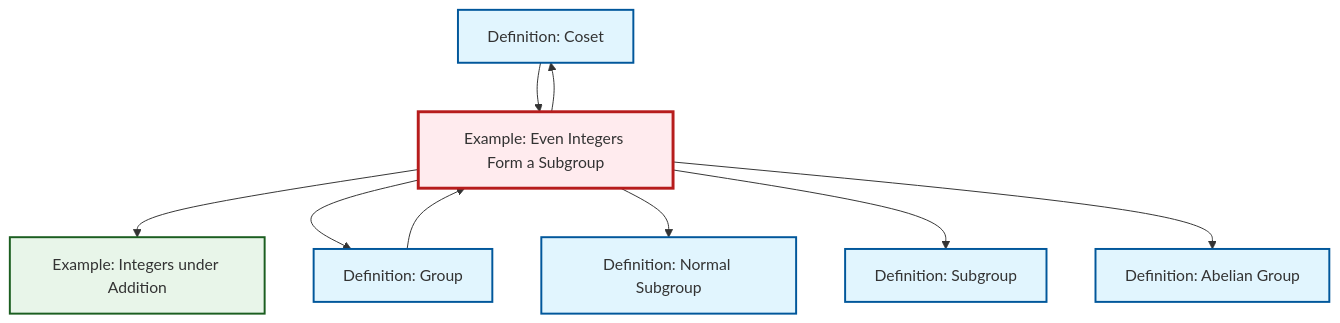
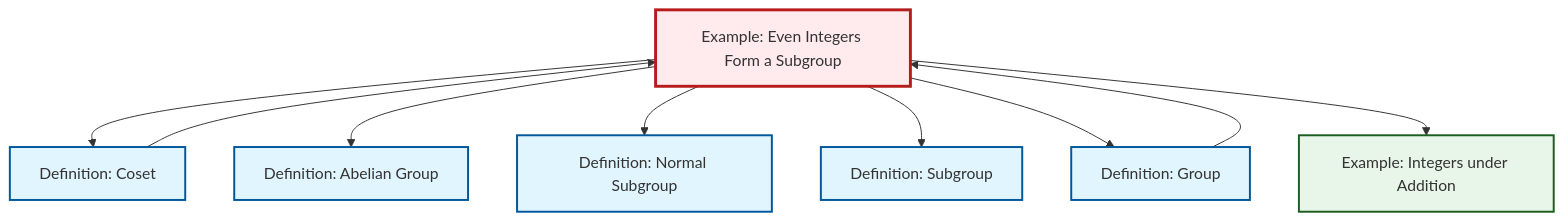
Before and after one commit to RK0429/ModernMath: the diagram in content/en/algebra/ex-even-integers-subgroup.qmd, drawn with Mermaid. The commit also changed other lines of this file and 597 other files, not shown here.

````diff
--- a/content/en/algebra/ex-even-integers-subgroup.qmd
+++ b/content/en/algebra/ex-even-integers-subgroup.qmd
@@ -51,31 +51,31 @@
 ```{mermaid}
 %%| fig-cap: "Local dependency graph"
 graph TD
     classDef definition fill:#e1f5fe,stroke:#01579b,stroke-width:2px
     classDef theorem fill:#f3e5f5,stroke:#4a148c,stroke-width:2px
     classDef axiom fill:#fff3e0,stroke:#e65100,stroke-width:2px
     classDef example fill:#e8f5e9,stroke:#1b5e20,stroke-width:2px
     classDef current fill:#ffebee,stroke:#b71c1c,stroke-width:3px
+    ex-even-integers-subgroup["Example: Even Integers Form a Subgroup"]:::example
+    ex-integers-addition["Example: Integers under Addition"]:::example
+    def-coset["Definition: Coset"]:::definition
+    def-normal-subgroup["Definition: Normal Subgroup"]:::definition
+    def-abelian-group["Definition: Abelian Group"]:::definition
     def-subgroup["Definition: Subgroup"]:::definition
-    def-abelian-group["Definition: Abelian Group"]:::definition
-    def-coset["Definition: Coset"]:::definition
-    ex-integers-addition["Example: Integers under Addition"]:::example
     def-group["Definition: Group"]:::definition
-    ex-even-integers-subgroup["Example: Even Integers Form a Subgroup"]:::example
-    def-normal-subgroup["Definition: Normal Subgroup"]:::definition
-    ex-even-integers-subgroup --> ex-integers-addition
-    ex-even-integers-subgroup --> def-group
+    def-coset --> ex-even-integers-subgroup
+    def-group --> ex-even-integers-subgroup
+    ex-even-integers-subgroup --> def-coset
+    ex-even-integers-subgroup --> def-abelian-group
     ex-even-integers-subgroup --> def-normal-subgroup
     ex-even-integers-subgroup --> def-subgroup
-    ex-even-integers-subgroup --> def-coset
-    def-group --> ex-even-integers-subgroup
-    def-coset --> ex-even-integers-subgroup
-    ex-even-integers-subgroup --> def-abelian-group
+    ex-even-integers-subgroup --> def-group
+    ex-even-integers-subgroup --> ex-integers-addition
     class ex-even-integers-subgroup current
+    click ex-integers-addition "ex-integers-addition.html" "Go to Integers under Addition example"
+    click def-coset "def-coset.html" "Go to Coset definition"
+    click def-normal-subgroup "def-normal-subgroup.html" "Go to Normal Subgroup definition"
+    click def-abelian-group "def-abelian-group.html" "Go to Abelian Group definition"
     click def-subgroup "def-subgroup.html" "Go to Subgroup definition"
-    click def-abelian-group "def-abelian-group.html" "Go to Abelian Group definition"
-    click def-coset "def-coset.html" "Go to Coset definition"
-    click ex-integers-addition "ex-integers-addition.html" "Go to Integers under Addition example"
     click def-group "def-group.html" "Go to Group definition"
-    click def-normal-subgroup "def-normal-subgroup.html" "Go to Normal Subgroup definition"
 ```
````
